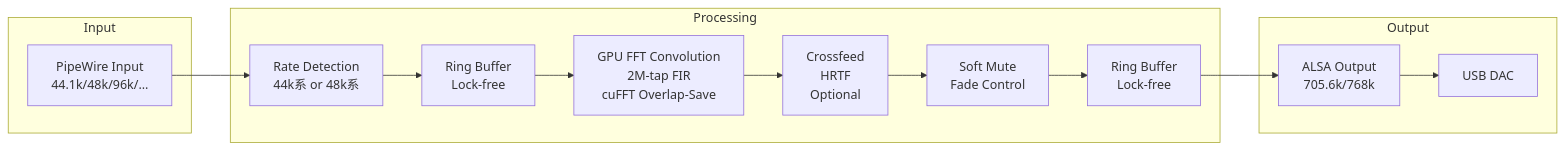
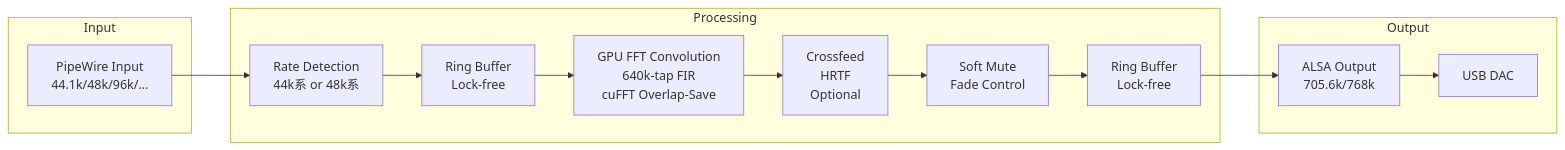
One commit to michihitoTakami/totton_audio_project changed the first of 2 diagrams in README.md. Above: the diagram before and after it, drawn with Mermaid. The commit also changed other lines of this file and 3 other files, not shown here.

````diff
--- a/README.md
+++ b/README.md
@@ -56,22 +56,22 @@
 ```mermaid
 flowchart LR
     subgraph Input
         PW[PipeWire Input<br/>44.1k/48k/96k/...]
     end
 
     subgraph Processing
         RD[Rate Detection<br/>44k系 or 48k系]
         RB1[Ring Buffer<br/>Lock-free]
-        GPU[GPU FFT Convolution<br/>2M-tap FIR<br/>cuFFT Overlap-Save]
+        GPU[GPU FFT Convolution<br/>640k-tap FIR<br/>cuFFT Overlap-Save]
         CF[Crossfeed<br/>HRTF<br/>Optional]
         SM[Soft Mute<br/>Fade Control]
         RB2[Ring Buffer<br/>Lock-free]
     end
 
     subgraph Output
         ALSA[ALSA Output<br/>705.6k/768k]
         DAC[USB DAC]
     end
 
     PW --> RD --> RB1 --> GPU --> CF --> SM --> RB2 --> ALSA --> DAC
 ```
````
